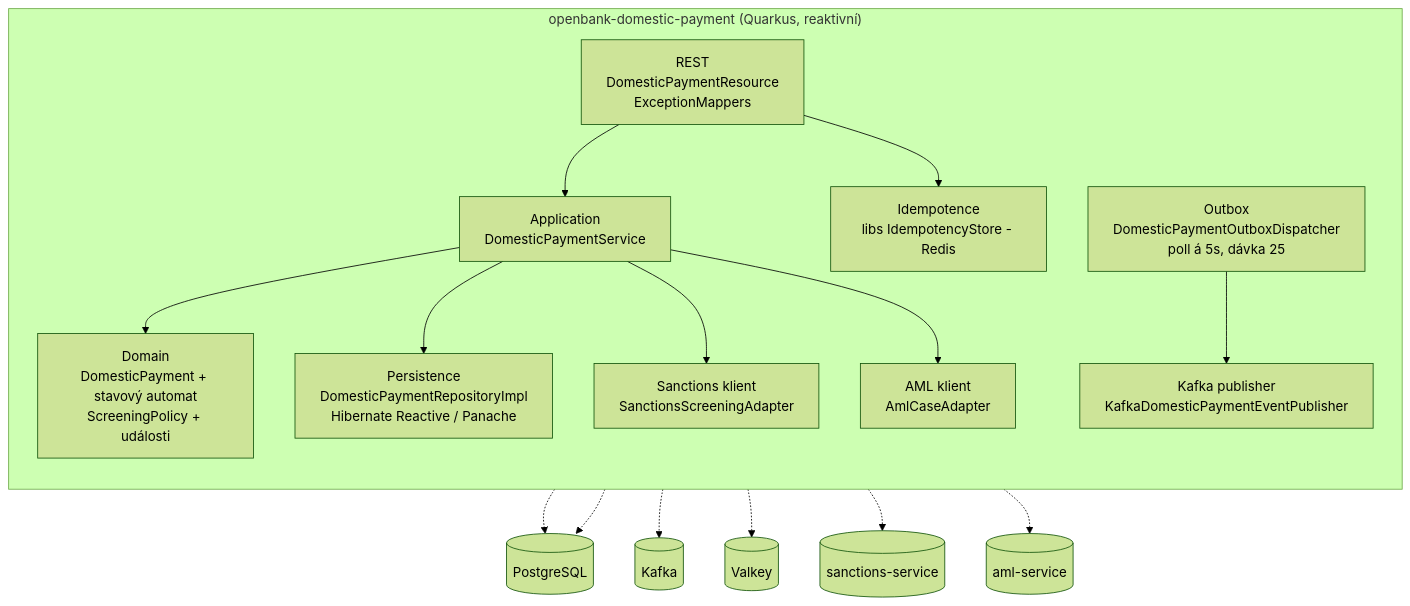
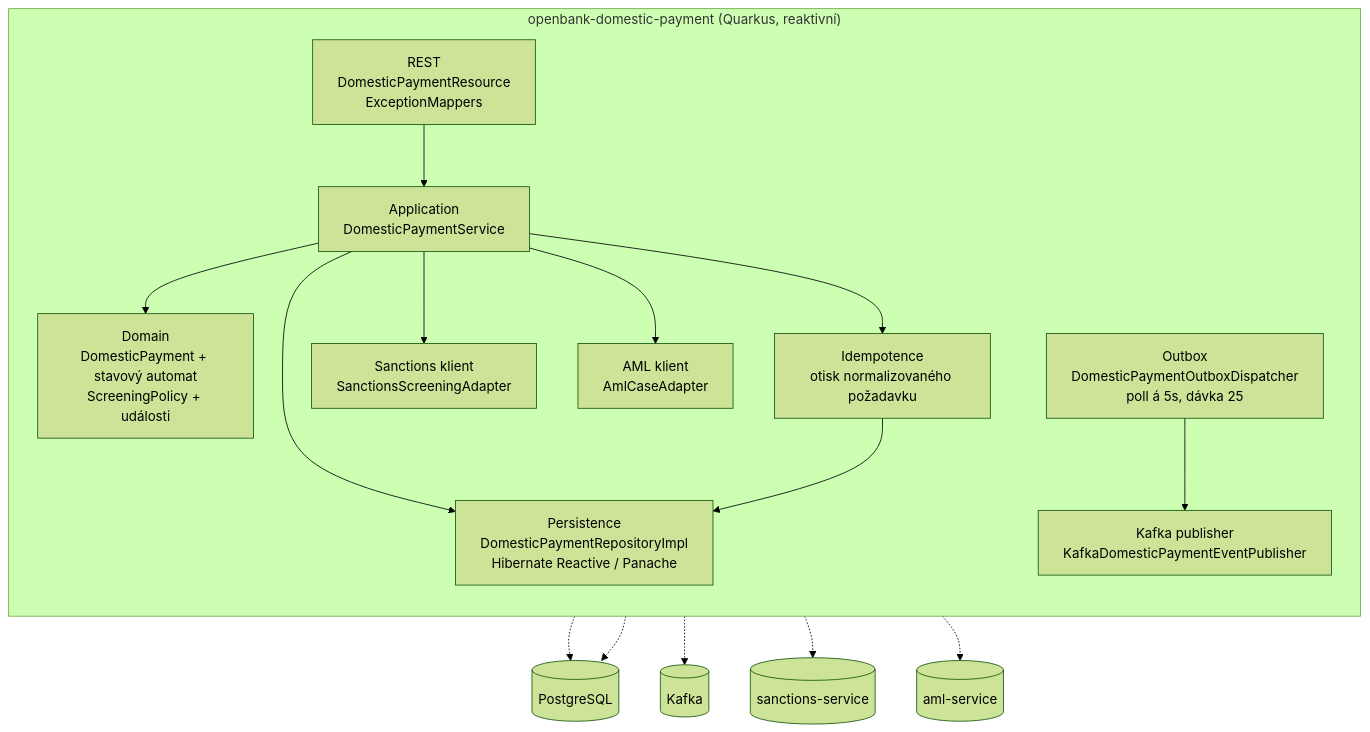
One commit to JiRaska/open-bank-oss changed the second of 4 diagrams in openbank-domestic-payment/src/main/resources/docs/02-architecture.cs.md. Above: the diagram before and after it, drawn with Mermaid (forest theme). The commit also changed other lines of this file and 74 other files, not shown here.

````diff
--- a/openbank-domestic-payment/src/main/resources/docs/02-architecture.cs.md
+++ b/openbank-domestic-payment/src/main/resources/docs/02-architecture.cs.md
@@ -40,29 +40,29 @@
 ```mermaid
 graph TB
   subgraph "openbank-domestic-payment (Quarkus, reaktivní)"
     direction TB
     rest[REST<br/>DomesticPaymentResource<br/>ExceptionMappers]
     uc[Application<br/>DomesticPaymentService]
     dom[Domain<br/>DomesticPayment + stavový automat<br/>ScreeningPolicy + události]
     persist[Persistence<br/>DomesticPaymentRepositoryImpl<br/>Hibernate Reactive / Panache]
     outbox[Outbox<br/>DomesticPaymentOutboxDispatcher<br/>poll á 5s, dávka 25]
     kafkaPub[Kafka publisher<br/>KafkaDomesticPaymentEventPublisher]
-    idem[Idempotence<br/>libs IdempotencyStore - Redis]
+    idem[Idempotence<br/>otisk normalizovaného požadavku]
     sancCli[Sanctions klient<br/>SanctionsScreeningAdapter]
     amlCli[AML klient<br/>AmlCaseAdapter]
   end
 
   rest --> uc
-  rest --> idem
   uc --> dom
+  uc --> idem
   uc --> persist
+  idem --> persist
   uc --> sancCli
   uc --> amlCli
   persist -.-> db[(PostgreSQL)]
   outbox --> kafkaPub
   outbox -.-> db
   kafkaPub -.-> kafka[(Kafka)]
-  idem -.-> redis[(Valkey)]
   sancCli -.-> sanc[(sanctions-service)]
   amlCli -.-> aml[(aml-service)]
 ```
````
